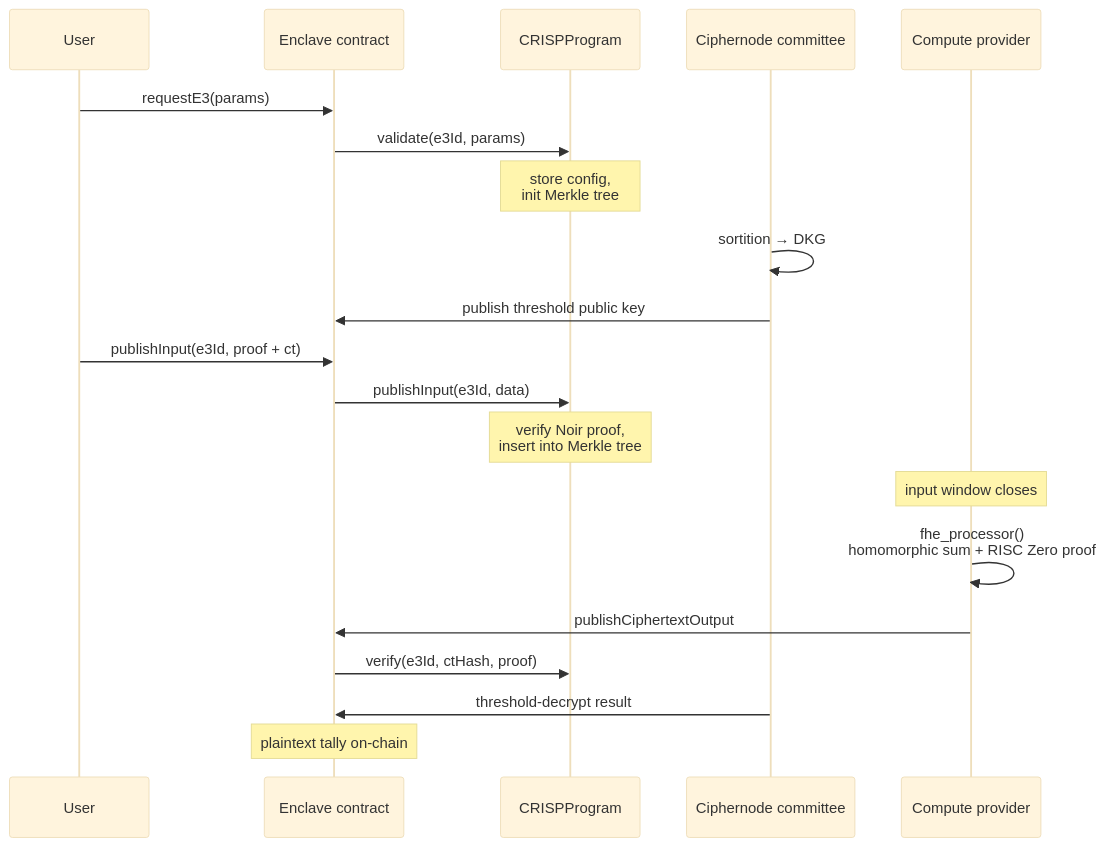
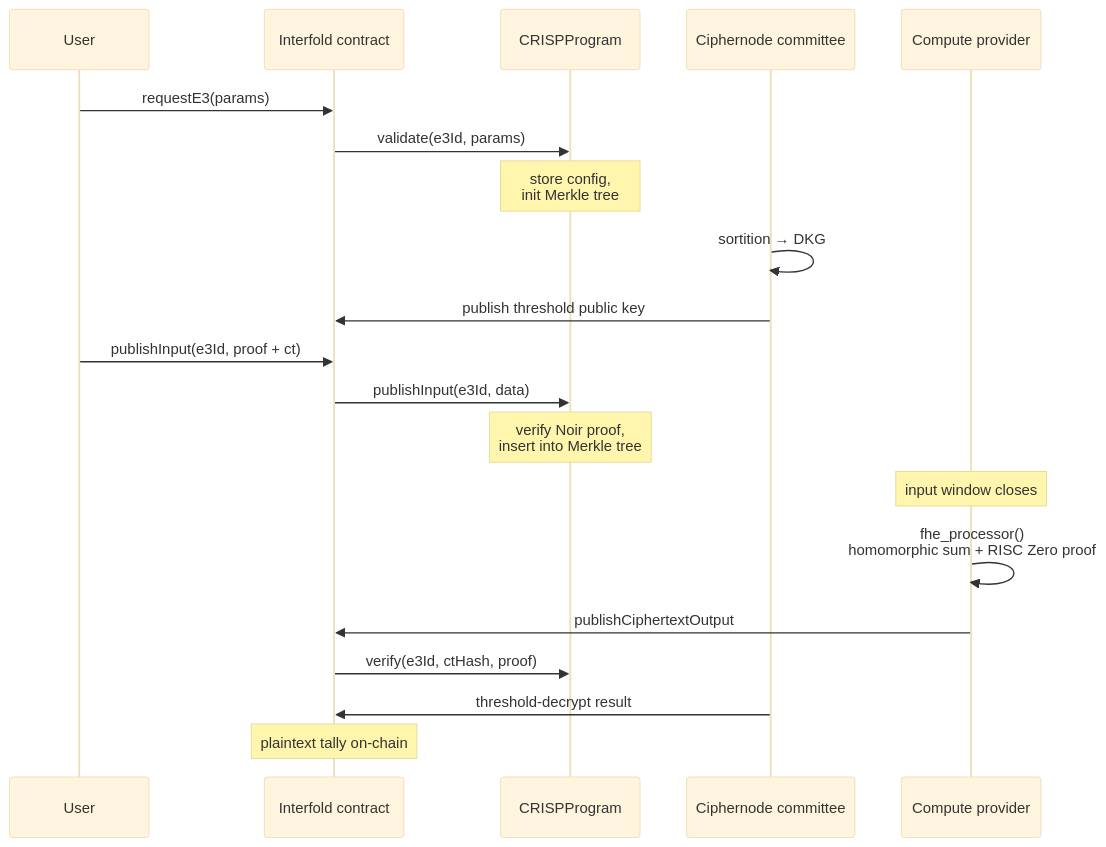
Before and after one commit to gnosisguild/enclave: the diagram in docs/pages/tutorials/write-e3-program.mdx, drawn with Mermaid (base theme). The commit also changed other lines of this file and 901 other files, not shown here.

Commit message:
chore: rename enclave to interfold [skip-line-limit] (#1592)

````diff
--- a/docs/pages/tutorials/write-e3-program.mdx
+++ b/docs/pages/tutorials/write-e3-program.mdx
@@ -234,23 +234,23 @@
 ```mermaid
 sequenceDiagram
     participant U as User
-    participant E as Enclave contract
+    participant E as Interfold contract
     participant P as CRISPProgram
     participant C as Ciphernode committee
     participant CP as Compute provider
 
     U->>E: requestE3(params)
     E->>P: validate(e3Id, params)
     Note over P: store config,<br/>init Merkle tree
     C->>C: sortition → DKG
     C->>E: publish threshold public key
     U->>E: publishInput(e3Id, proof + ct)
     E->>P: publishInput(e3Id, data)
     Note over P: verify Noir proof,<br/>insert into Merkle tree
     Note over CP: input window closes
     CP->>CP: fhe_processor()<br/>homomorphic sum + RISC Zero proof
     CP->>E: publishCiphertextOutput
     E->>P: verify(e3Id, ctHash, proof)
     C->>E: threshold-decrypt result
     Note over E: plaintext tally on-chain
 ```
````
